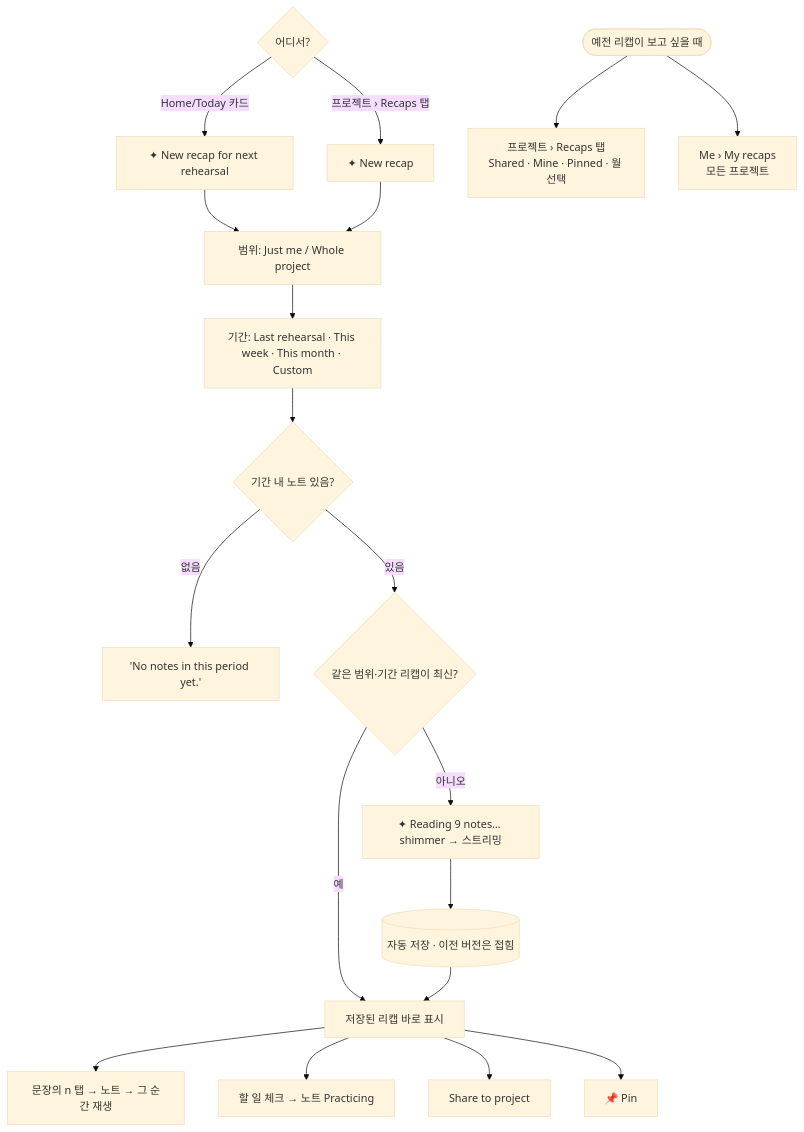
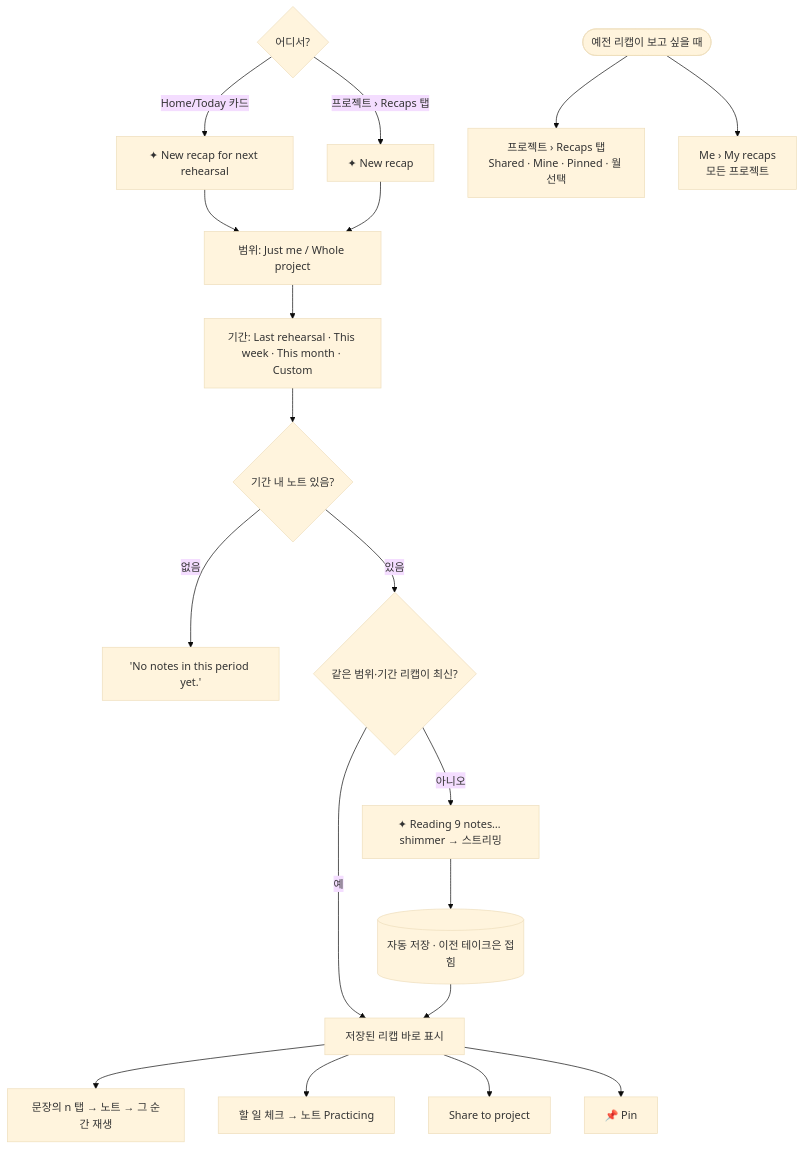
Before and after one commit to hope13710/dancerly: the sixth of 10 diagrams in docs/04-user-flows.md, drawn with Mermaid (base theme). The commit also changed other lines of this file and 11 other files, not shown here.

````diff
--- a/docs/04-user-flows.md
+++ b/docs/04-user-flows.md
@@ -144,21 +144,21 @@
 ```mermaid
 flowchart TD
   A{어디서?} -->|Home/Today 카드| B[✦ New recap for next rehearsal]
   A -->|프로젝트 › Recaps 탭| B2[✦ New recap]
   B --> C[범위: Just me / Whole project]
   B2 --> C
   C --> D[기간: Last rehearsal · This week · This month · Custom]
   D --> E{기간 내 노트 있음?}
   E -->|없음| E2['No notes in this period yet.']
   E -->|있음| F{같은 범위·기간 리캡이 최신?}
   F -->|예| G[저장된 리캡 바로 표시]
   F -->|아니오| H[✦ Reading 9 notes… shimmer → 스트리밍]
-  H --> S[(자동 저장 · 이전 버전은 접힘)]
+  H --> S[(자동 저장 · 이전 테이크은 접힘)]
   S --> G
   G --> J[문장의 n 탭 → 노트 → 그 순간 재생]
   G --> K[할 일 체크 → 노트 Practicing]
   G --> L[Share to project]
   G --> P[📌 Pin]
   R([예전 리캡이 보고 싶을 때]) --> R1[프로젝트 › Recaps 탭<br/>Shared · Mine · Pinned · 월 선택]
   R --> R2[Me › My recaps<br/>모든 프로젝트]
 ```
````
